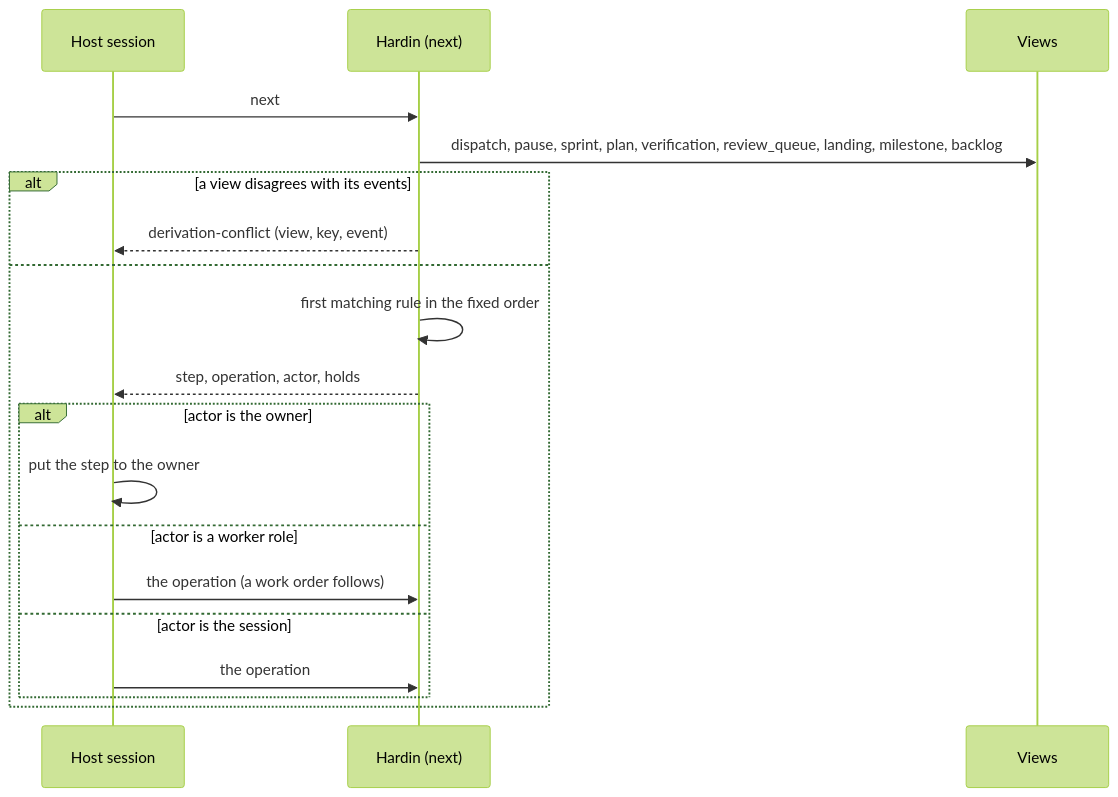
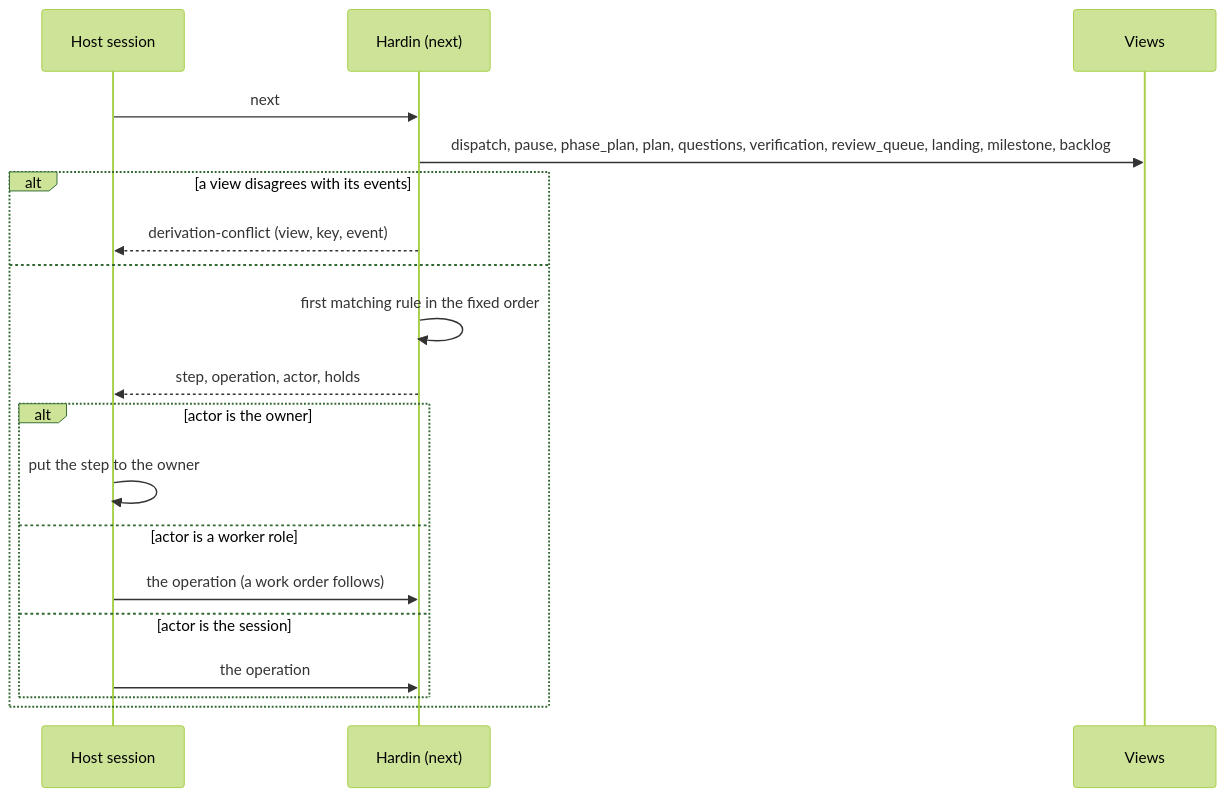
The second of 3 diagrams in docs/design/0013-next-action-and-progress.md (crenshawdev/baley), drawn with Mermaid (forest theme) before and after one commit. The commit also changed other lines of this file and 21 other files, not shown here.

````diff
--- a/docs/design/0013-next-action-and-progress.md
+++ b/docs/design/0013-next-action-and-progress.md
@@ -131,21 +136,21 @@
 ```mermaid
 sequenceDiagram
   participant H as Host session
   participant N as Hardin (next)
   participant V as Views
   H->>N: next
-  N->>V: dispatch, pause, sprint, plan, verification, review_queue, landing, milestone, backlog
+  N->>V: dispatch, pause, phase_plan, plan, questions, verification, review_queue, landing, milestone, backlog
   alt a view disagrees with its events
     N-->>H: derivation-conflict (view, key, event)
   else
     N->>N: first matching rule in the fixed order
     N-->>H: step, operation, actor, holds
     alt actor is the owner
       H->>H: put the step to the owner
     else actor is a worker role
       H->>N: the operation (a work order follows)
     else actor is the session
       H->>N: the operation
     end
   end
 ```
````
